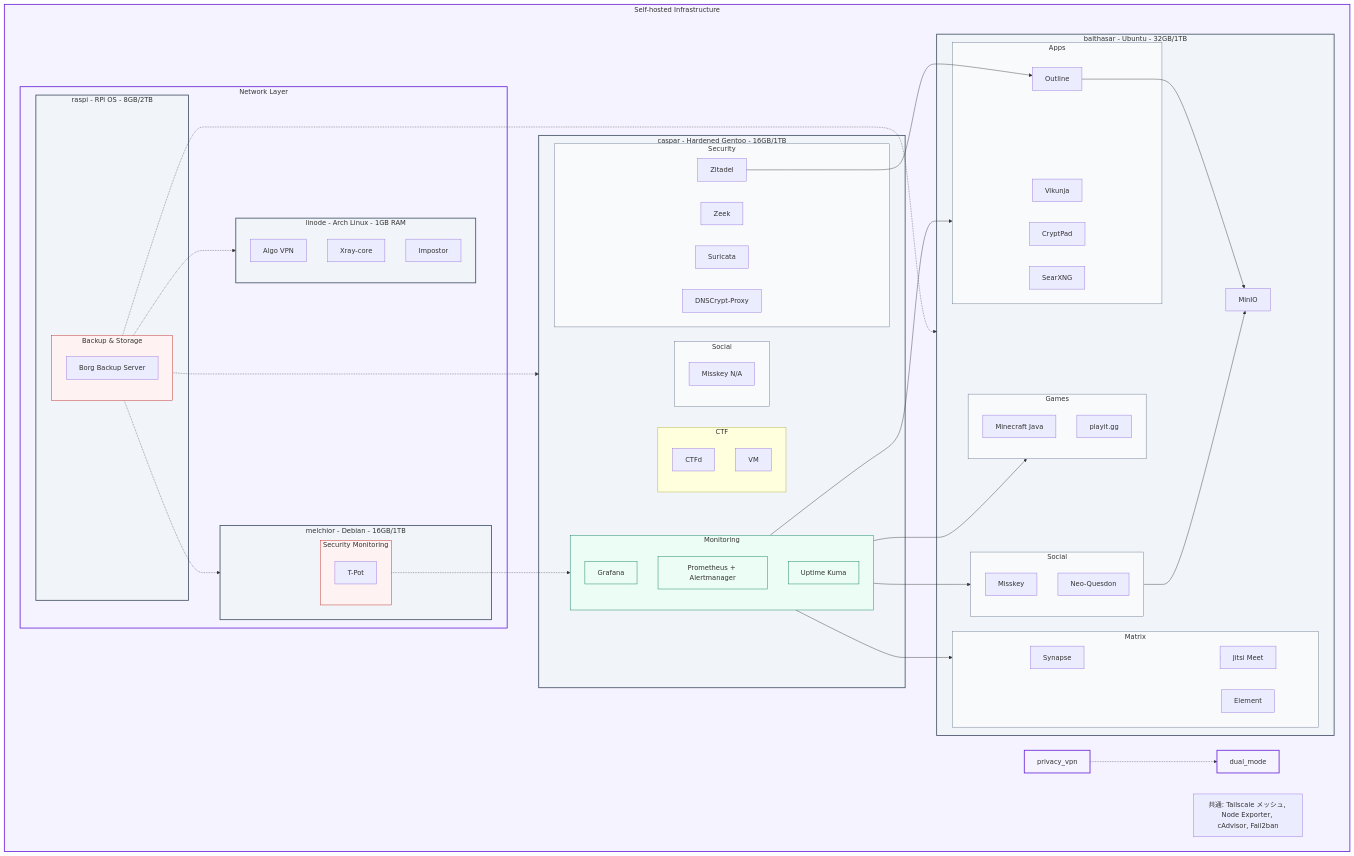
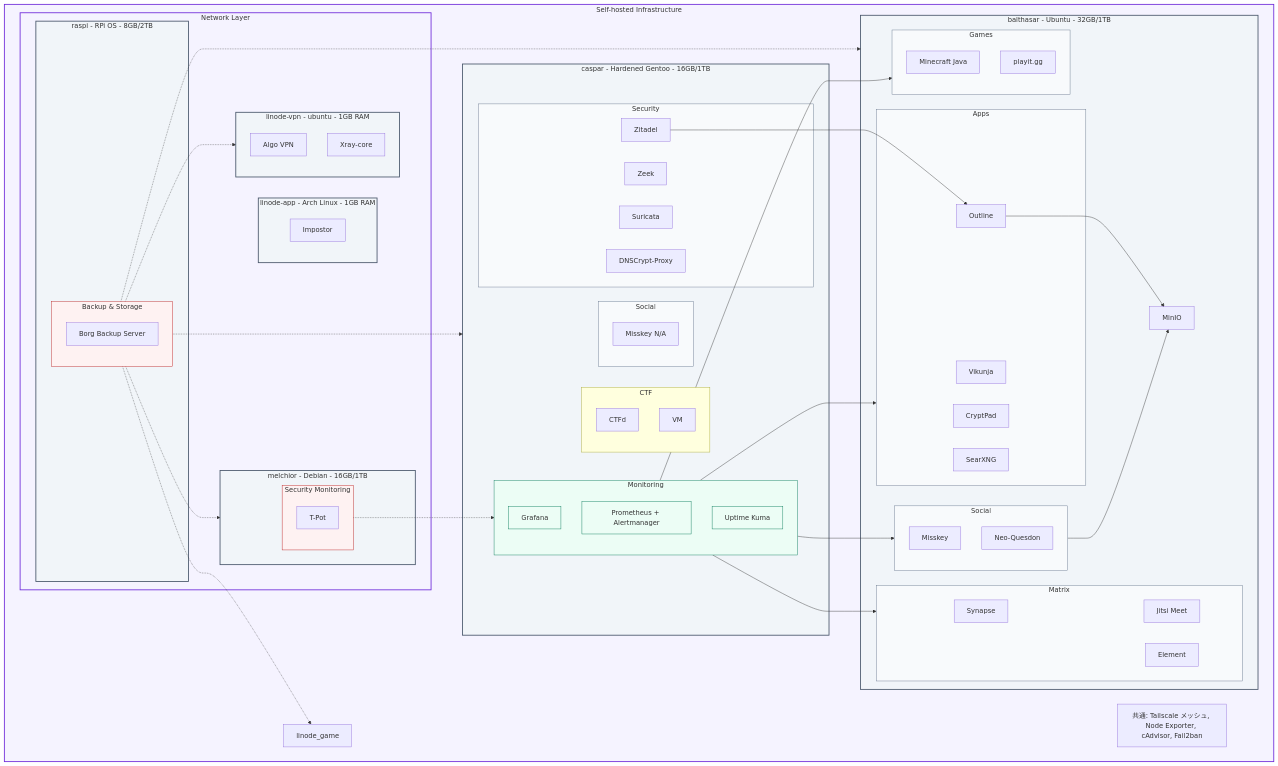
One commit to yamisskey-dev/hosted-list changed the diagram in README.md. Above: the diagram before and after it, drawn with Mermaid.

````diff
--- a/README.md
+++ b/README.md
@@ -10,6 +10,29 @@
 classDef network fill:#f5f3ff,stroke:#6d28d9,stroke-width:2px
 
 subgraph tailscale[Self-hosted Infrastructure]
+    subgraph network_layer[Network Layer]
+        subgraph linode_vpn["linode-vpn - ubuntu - 1GB RAM"]
+            algo[Algo VPN]
+            xray[Xray-core]
+        end
+        
+        subgraph linode_app["linode-app - Arch Linux - 1GB RAM"]
+            impostor[Impostor]
+        end
+        
+        subgraph raspi[raspi - RPi OS - 8GB/2TB]
+            subgraph backup[Backup & Storage]
+                borgbackup[Borg Backup Server]
+            end
+        end
+        
+        subgraph melchior[melchior - Debian - 16GB/1TB]
+            subgraph nsm[Security Monitoring]
+                tpot[T-Pot]
+            end
+        end
+    end
+    
     subgraph caspar[caspar - Hardened Gentoo - 16GB/1TB]
         subgraph security[Security]
             zitadel[Zitadel]
@@ -53,43 +76,24 @@
             playig[playit.gg]
         end
     end
-    
-    subgraph network_layer[Network Layer]
-        subgraph linode["linode - Arch Linux - 1GB RAM"]
-                algo[Algo VPN]
-                xray[Xray-core]
-                impostor[Impostor]
-        end
-        
-        subgraph melchior[melchior - Debian - 16GB/1TB]
-            subgraph nsm[Security Monitoring]
-                tpot[T-Pot]
-            end
-        end
-        
-        subgraph raspi[raspi - RPi OS - 8GB/2TB]
-            subgraph backup[Backup & Storage]
-                borgbackup[Borg Backup Server]
-            end
-        end
-    end
+
 %% Dependencies
 zitadel --> outline
 nsm -.-> monitoring
-backup -.-> balthasar & caspar & melchior & linode
+backup -.-> balthasar & caspar & melchior & linode_vpn & linode_game
 monitoring --> social & matrix & apps & games
 social --> minio
 outline --> minio
 matrix --> jitsi
-privacy_vpn -.-> dual_mode
+
 %% Note
 note["共通: Tailscale メッシュ, Node Exporter, cAdvisor, Fail2ban"]
 end
+
 %% Apply styles
-class caspar,balthasar,melchior,linode,raspi homeServer
+class caspar,balthasar,melchior,linode_vpn,linode_app,raspi homeServer
 class security,social,social_caspar,matrix,apps,games service
 class monitoring,prometheus,grafana,uptime monitoring
 class nsm,backup security
-class privacy_vpn,dual_mode network
 class tailscale,network_layer network
 ```
````
